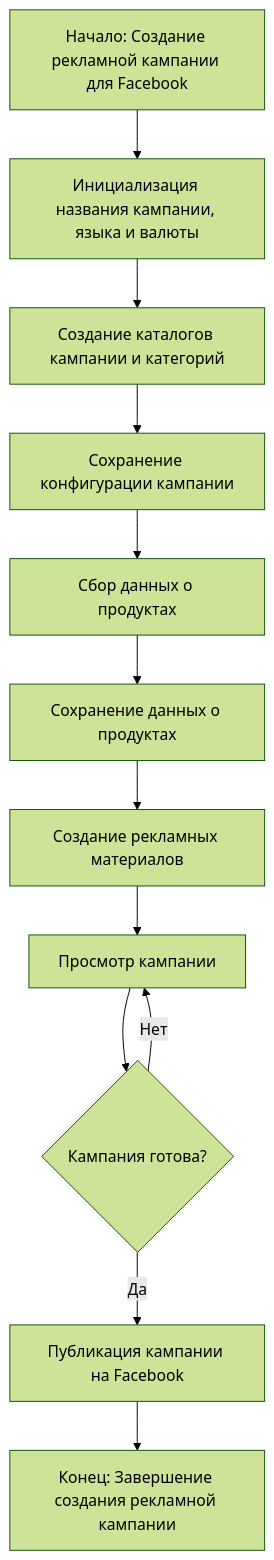
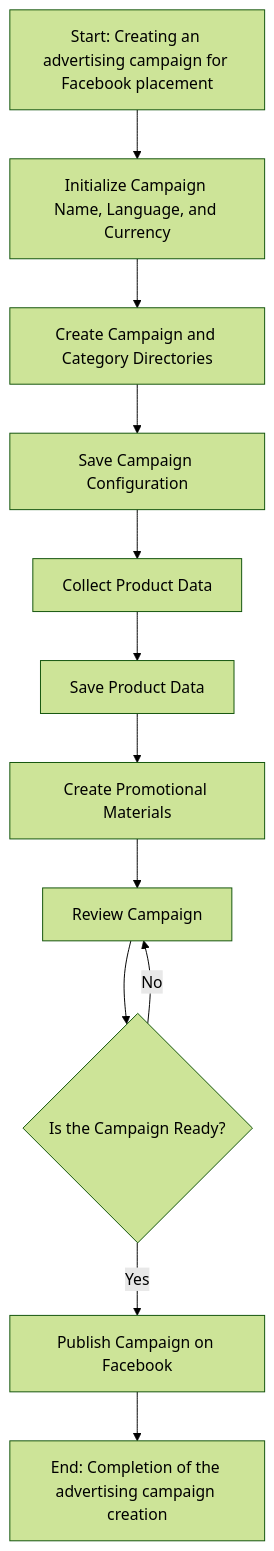
Before and after one commit to hypo69/hypo: the first of 3 diagrams in docs/gemini/ru/consultant/src/suppliers/aliexpress/campaign/README.MD.md, drawn with Mermaid (forest theme). The commit also changed other lines of this file and 1505 other files, not shown here.

````diff
--- a/docs/gemini/ru/consultant/src/suppliers/aliexpress/campaign/README.MD.md
+++ b/docs/gemini/ru/consultant/src/suppliers/aliexpress/campaign/README.MD.md
@@ -68,14 +40,14 @@
 ```mermaid
 flowchart TD
-    A[Начало: Создание рекламной кампании для Facebook] --> B[Инициализация названия кампании, языка и валюты]
-    B --> C[Создание каталогов кампании и категорий]
-    C --> D[Сохранение конфигурации кампании]
-    D --> E[Сбор данных о продуктах]
-    E --> F[Сохранение данных о продуктах]
-    F --> G[Создание рекламных материалов]
-    G --> H[Просмотр кампании]
-    H --> I{Кампания готова?}
-    I -- Да --> J[Публикация кампании на Facebook]
-    I -- Нет --> H
-    J --> K[Конец: Завершение создания рекламной кампании]
+    A[Start: Creating an advertising campaign for Facebook placement] --> B[Initialize Campaign Name, Language, and Currency]
+    B --> C[Create Campaign and Category Directories]
+    C --> D[Save Campaign Configuration]
+    D --> E[Collect Product Data]
+    E --> F[Save Product Data]
+    F --> G[Create Promotional Materials]
+    G --> H[Review Campaign]
+    H --> I{Is the Campaign Ready?}
+    I -- Yes --> J[Publish Campaign on Facebook]
+    I -- No --> H
+    J --> K[End: Completion of the advertising campaign creation]
 ```
````
